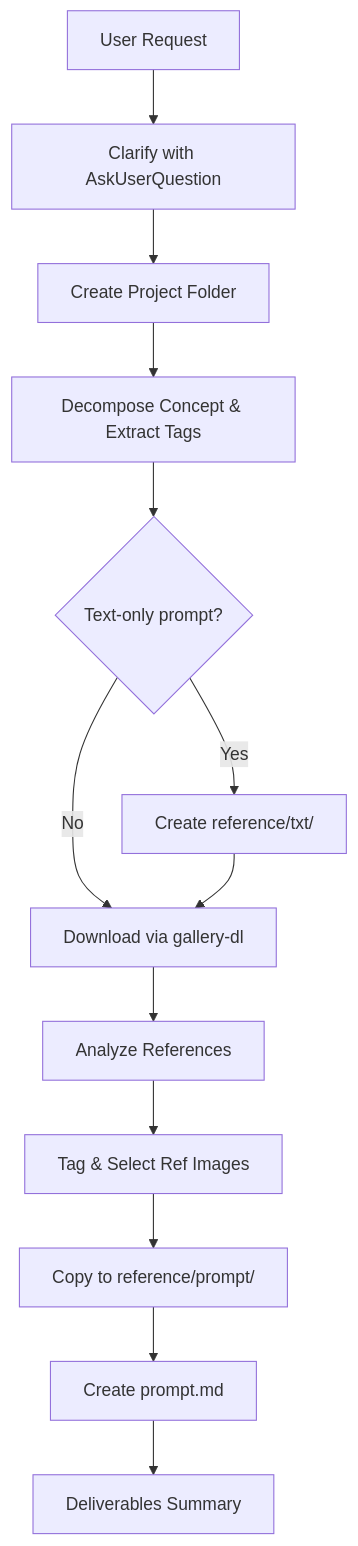
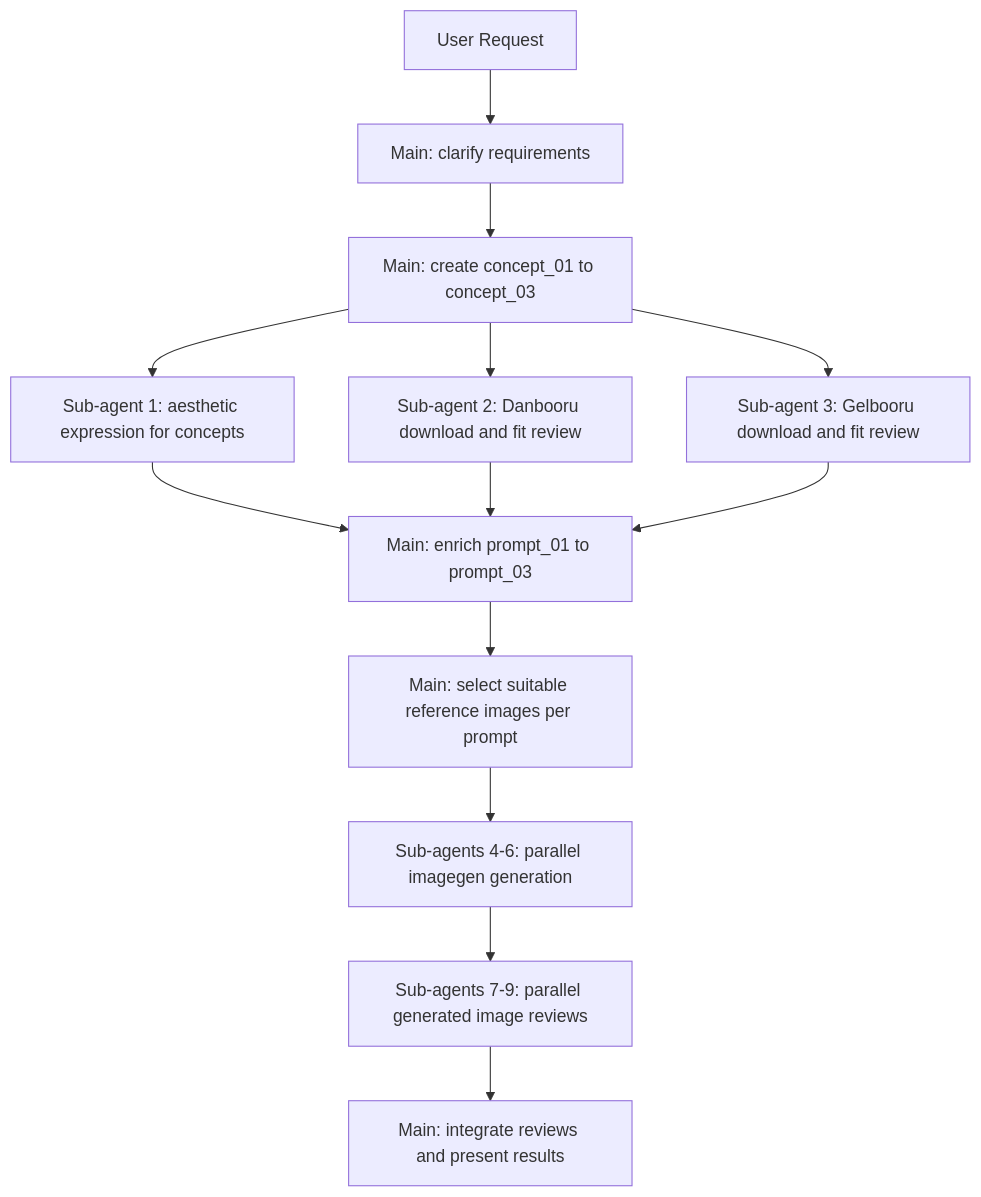
One commit to Saikoro3/image-prompt-generator changed the diagram in skills/image-prompt-generator/SKILL.md. Above: the diagram before and after it, drawn with Mermaid. The commit also changed other lines of this file and 1 other file, not shown here.

Commit message:
Update image prompt generator workflow

````diff
--- a/skills/image-prompt-generator/SKILL.md
+++ b/skills/image-prompt-generator/SKILL.md
@@ -12,15 +32,15 @@
 ```mermaid
 flowchart TD
-    A[User Request] --> A1[Clarify with AskUserQuestion]
-    A1 --> B[Create Project Folder]
-    B --> C[Decompose Concept & Extract Tags]
-    C --> D{Text-only prompt?}
-    D -->|Yes| E[Create reference/txt/]
-    D -->|No| F[Download via gallery-dl]
-    E --> F
-    F --> G[Analyze References]
-    G --> H[Tag & Select Ref Images]
-    H --> I[Copy to reference/prompt/]
-    I --> J[Create prompt.md]
-    J --> K[Deliverables Summary]
+    A[User Request] --> B[Main: clarify requirements]
+    B --> C[Main: create concept_01 to concept_03]
+    C --> D[Sub-agent 1: aesthetic expression for concepts]
+    C --> E[Sub-agent 2: Danbooru download and fit review]
+    C --> F[Sub-agent 3: Gelbooru download and fit review]
+    D --> G[Main: enrich prompt_01 to prompt_03]
+    E --> G
+    F --> G
+    G --> H[Main: select suitable reference images per prompt]
+    H --> I[Sub-agents 4-6: parallel imagegen generation]
+    I --> J[Sub-agents 7-9: parallel generated image reviews]
+    J --> K[Main: integrate reviews and present results]
 ```
````
